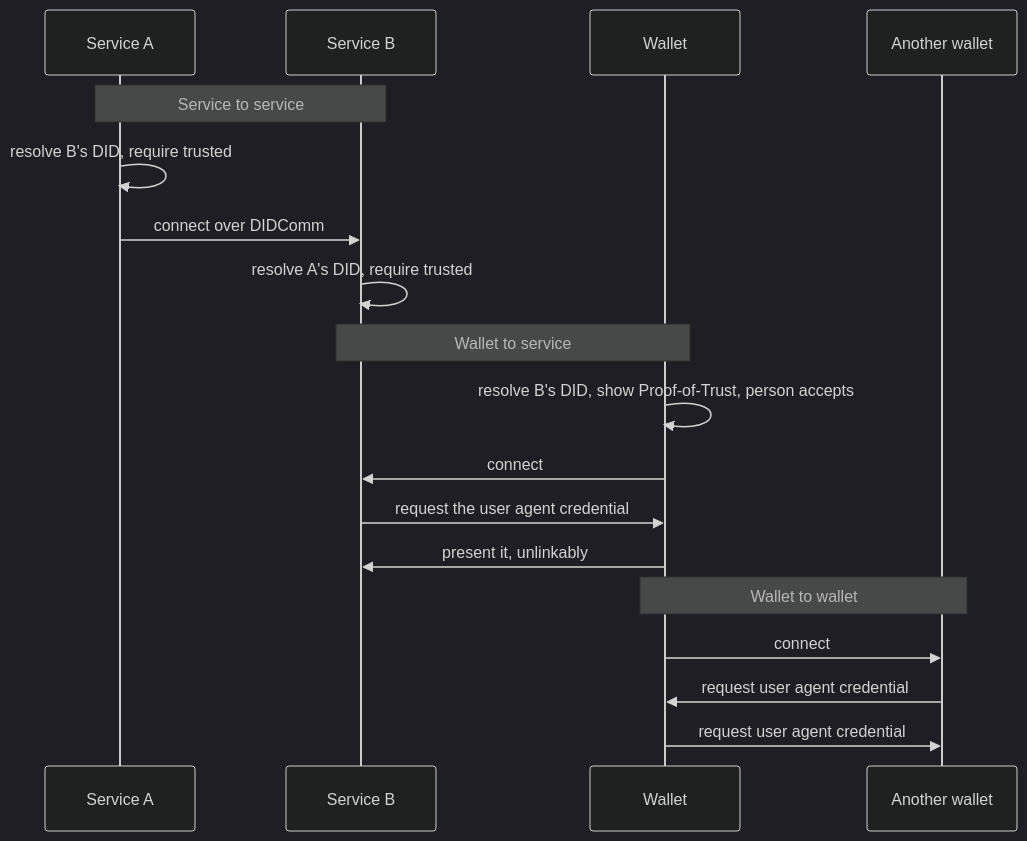
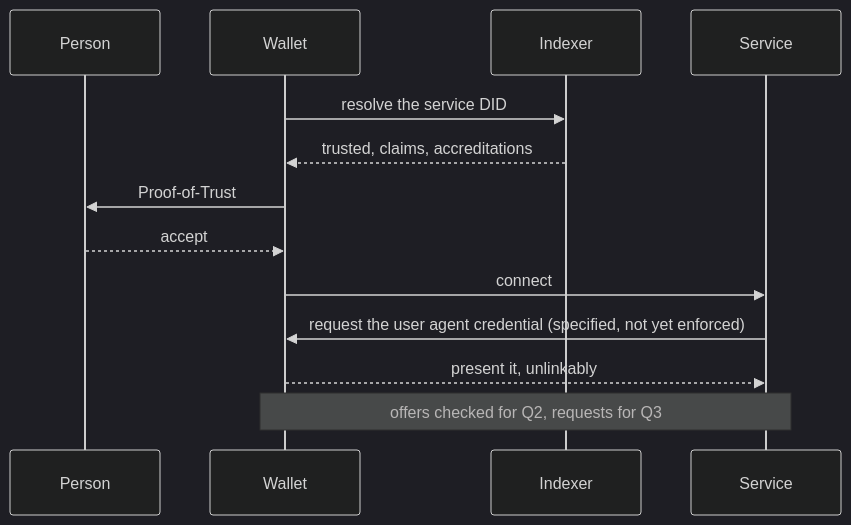
One commit to verana-labs/verana-docs changed the second of 4 diagrams in docs/understand/identity/connection-flows.md. Above: the diagram before and after it, drawn with Mermaid (dark theme). The commit also changed other lines of this file, not shown here.

Commit message:
docs(understand): one sequence diagram per connection flow

````diff
--- a/docs/understand/identity/connection-flows.md
+++ b/docs/understand/identity/connection-flows.md
@@ -11,20 +31,15 @@
 ```mermaid
 sequenceDiagram
-  participant S1 as Service A
-  participant S2 as Service B
+  participant P as Person
   participant W as Wallet
-  participant W2 as Another wallet
-  Note over S1,S2: Service to service
-  S1->>S1: resolve B's DID, require trusted
-  S1->>S2: connect over DIDComm
-  S2->>S2: resolve A's DID, require trusted
-  Note over W,S2: Wallet to service
-  W->>W: resolve B's DID, show Proof-of-Trust, person accepts
-  W->>S2: connect
-  S2->>W: request the user agent credential
-  W->>S2: present it, unlinkably
-  Note over W,W2: Wallet to wallet
-  W->>W2: connect
-  W2->>W: request user agent credential
-  W->>W2: request user agent credential
+  participant R as Indexer
+  participant S as Service
+  W->>R: resolve the service DID
+  R-->>W: trusted, claims, accreditations
+  W->>P: Proof-of-Trust
+  P-->>W: accept
+  W->>S: connect
+  S->>W: request the user agent credential (specified, not yet enforced)
+  W-->>S: present it, unlinkably
+  Note over W,S: offers checked for Q2, requests for Q3
 ```
````
